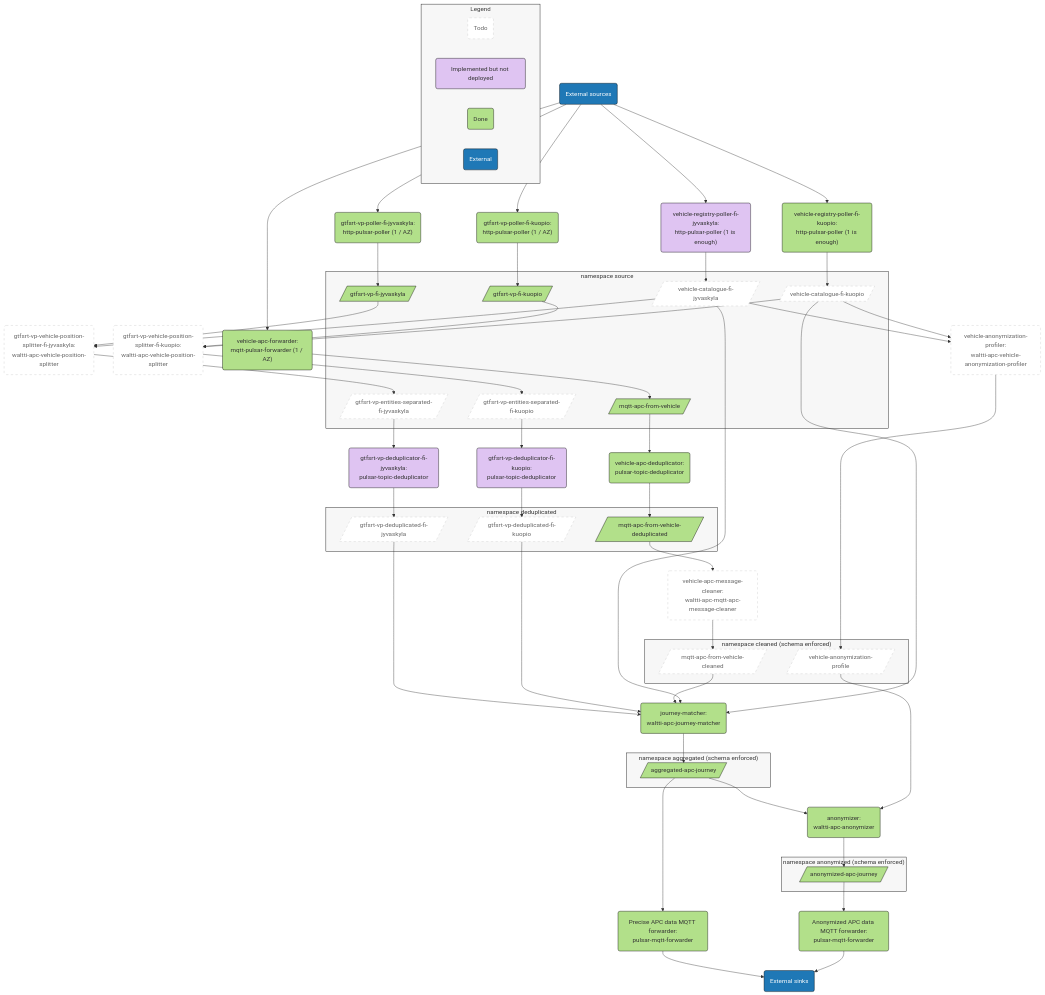
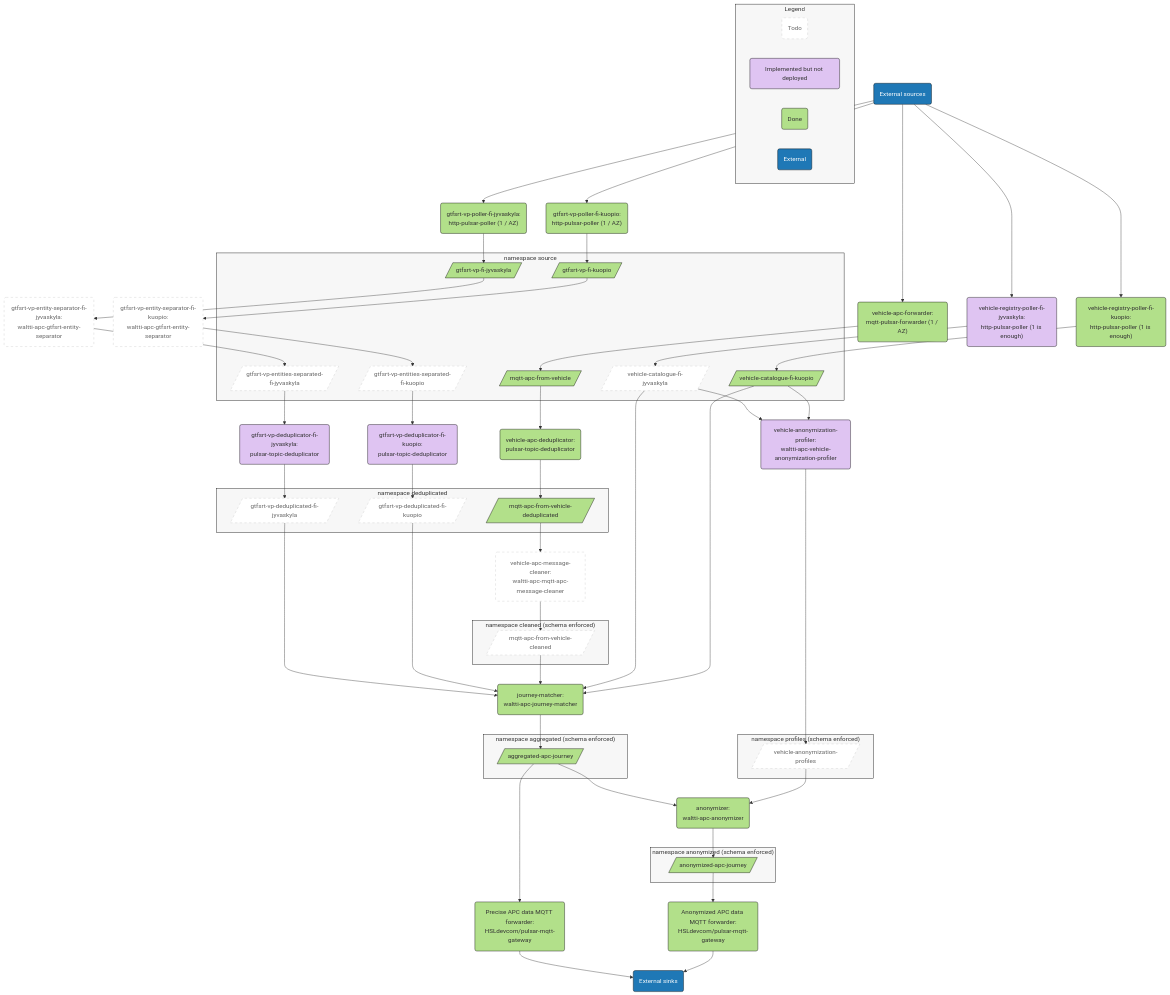
One commit to tvv-lippu-ja-maksujarjestelma-oy/waltti-apc changed the second of 2 diagrams in README.md. Above: the diagram before and after it, drawn with Mermaid.

Commit message:
docs: Update Pulsar diagram

```diff
--- a/README.md
+++ b/README.md
@@ -114,33 +114,35 @@
   externalsources("External sources")
   gtfsrtentitydeduplicatorfijyvaskyla("gtfsrt-vp-deduplicator-fi-jyvaskyla:<br/>pulsar-topic-deduplicator")
   gtfsrtentitydeduplicatorfikuopio("gtfsrt-vp-deduplicator-fi-kuopio:<br/>pulsar-topic-deduplicator")
-  gtfsrtentityseparatorfijyvaskyla("gtfsrt-vp-vehicle-position-splitter-fi-jyvaskyla:<br/>waltti-apc-vehicle-position-splitter")
-  gtfsrtentityseparatorfikuopio("gtfsrt-vp-vehicle-position-splitter-fi-kuopio:<br/>waltti-apc-vehicle-position-splitter")
+  gtfsrtentityseparatorfijyvaskyla("gtfsrt-vp-entity-separator-fi-jyvaskyla:<br/>waltti-apc-gtfsrt-entity-separator")
+  gtfsrtentityseparatorfikuopio("gtfsrt-vp-entity-separator-fi-kuopio:<br/>waltti-apc-gtfsrt-entity-separator")
   gtfsrtpollerfijyvaskyla("gtfsrt-vp-poller-fi-jyvaskyla:<br/>http-pulsar-poller (1 / AZ)")
   httppulsarpollerfikuopio("gtfsrt-vp-poller-fi-kuopio:<br/>http-pulsar-poller (1 / AZ)")
   matcher("journey-matcher:<br/>waltti-apc-journey-matcher")
   mqttapcmessagecleaner("vehicle-apc-message-cleaner:<br/>waltti-apc-mqtt-apc-message-cleaner")
   mqttdeduplicator("vehicle-apc-deduplicator:<br/>pulsar-topic-deduplicator")
   mqttpulsarforwarder("vehicle-apc-forwarder:<br/>mqtt-pulsar-forwarder (1 / AZ)")
-  pulsarmqttforwardertopowerbi("Precise APC data MQTT forwarder:<br/>pulsar-mqtt-forwarder")
-  pulsarmqttforwardertortpioutput("Anonymized APC data MQTT forwarder:<br/>pulsar-mqtt-forwarder")
+  pulsarmqttforwardertopowerbi("Precise APC data MQTT forwarder:<br/>HSLdevcom/pulsar-mqtt-gateway")
+  pulsarmqttforwardertortpioutput("Anonymized APC data MQTT forwarder:<br/>HSLdevcom/pulsar-mqtt-gateway")
   vehicleanonymizationprofiler("vehicle-anonymization-profiler:<br/>waltti-apc-vehicle-anonymization-profiler")
   vehicleregistrypollerfijyvaskyla("vehicle-registry-poller-fi-jyvaskyla:<br/>http-pulsar-poller (1 is enough)")
   vehicleregistrypollerfikuopio("vehicle-registry-poller-fi-kuopio:<br/>http-pulsar-poller (1 is enough)")
   subgraph nsaggregated["namespace aggregated (schema enforced)"]
     aggregated[/"aggregated-apc-journey"/]
   end
+  subgraph nsanonymized["namespace anonymized (schema enforced)"]
+    anonymized[/"anonymized-apc-journey"/]
+  end
   subgraph nscleaned["namespace cleaned (schema enforced)"]
     mqttcleaned[/"mqtt-apc-from-vehicle-cleaned"/]
-    vehicleanonymizationprofile[/"vehicle-anonymization-profile"/]
   end
   subgraph nsdeduplicated["namespace deduplicated"]
     gtfsrtdeduplicatedfijyvaskyla[/"gtfsrt-vp-deduplicated-fi-jyvaskyla"/]
     gtfsrtdeduplicatedfikuopio[/"gtfsrt-vp-deduplicated-fi-kuopio"/]
     mqttdeduplicated[/"mqtt-apc-from-vehicle-deduplicated"/]
   end
-  subgraph nsanonymized["namespace anonymized (schema enforced)"]
-    anonymized[/"anonymized-apc-journey"/]
+  subgraph nsprofiles["namespace profiles (schema enforced)"]
+    vehicleanonymizationprofile[/"vehicle-anonymization-profiles"/]
   end
   subgraph nssource["namespace source"]
     gtfsrtrawfijyvaskyla[/"gtfsrt-vp-fi-jyvaskyla"/]
@@ -186,11 +188,9 @@
   pulsarmqttforwardertortpioutput --> externalsinks
   vehicleanonymizationprofile --> anonymizer
   vehicleanonymizationprofiler --> vehicleanonymizationprofile
-  vehicledetailsfijyvaskyla --> gtfsrtentityseparatorfijyvaskyla
   vehicledetailsfijyvaskyla --> matcher
+  vehicledetailsfikuopio --> matcher
   vehicledetailsfijyvaskyla --> vehicleanonymizationprofiler
-  vehicledetailsfikuopio --> gtfsrtentityseparatorfikuopio
-  vehicledetailsfikuopio --> matcher
   vehicledetailsfikuopio --> vehicleanonymizationprofiler
   vehicleregistrypollerfijyvaskyla --> vehicledetailsfijyvaskyla
   vehicleregistrypollerfikuopio --> vehicledetailsfikuopio
@@ -212,6 +212,7 @@
   class mqttraw done
   class pulsarmqttforwardertopowerbi done
   class pulsarmqttforwardertortpioutput done
+  class vehicledetailsfikuopio done
   class vehicleregistrypollerfikuopio done
 
   classDef env fill:#f7f7f7,stroke:#000
@@ -219,6 +220,7 @@
   class nscleaned env
   class nsdeduplicated env
   class nsanonymized env
+  class nsprofiles env
   class nssource env
 
   classDef external fill:#1f78b6,stroke:#000,color:#fff
@@ -228,6 +230,7 @@
   classDef implemented fill:#dfc4f2,stroke:#000
   class gtfsrtentitydeduplicatorfijyvaskyla implemented
   class gtfsrtentitydeduplicatorfikuopio implemented
+  class vehicleanonymizationprofiler implemented
   class vehicleregistrypollerfijyvaskyla implemented
 
   classDef todo fill:#fff,stroke:#ccc,stroke-width:1px,color:#666,stroke-dasharray: 6 6
@@ -240,9 +243,7 @@
   class mqttapcmessagecleaner todo
   class mqttcleaned todo
   class vehicleanonymizationprofile todo
-  class vehicleanonymizationprofiler todo
   class vehicledetailsfijyvaskyla todo
-  class vehicledetailsfikuopio todo
 
   %% Legend
 
```
